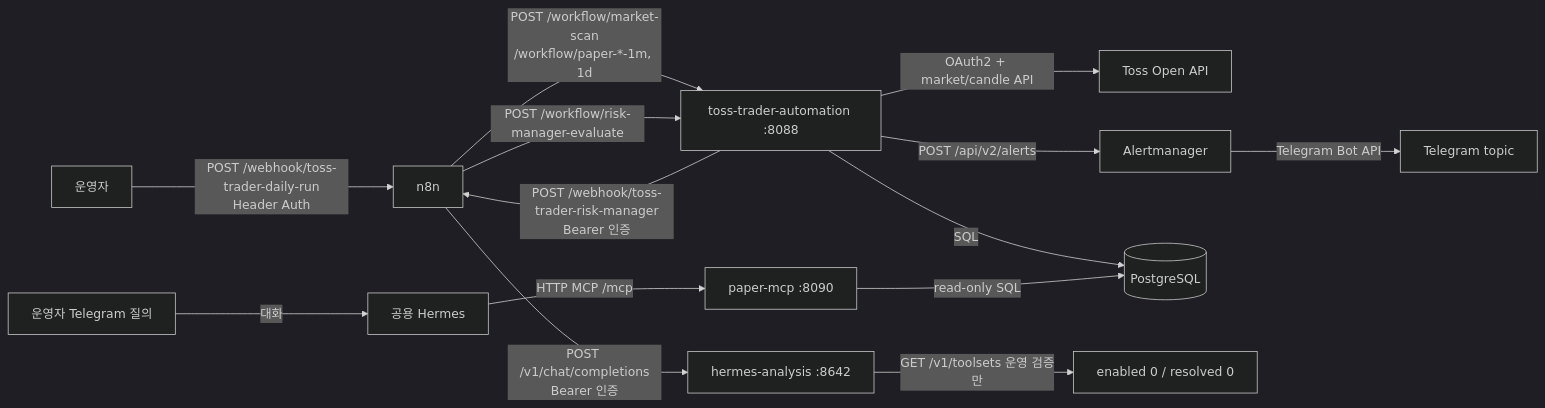
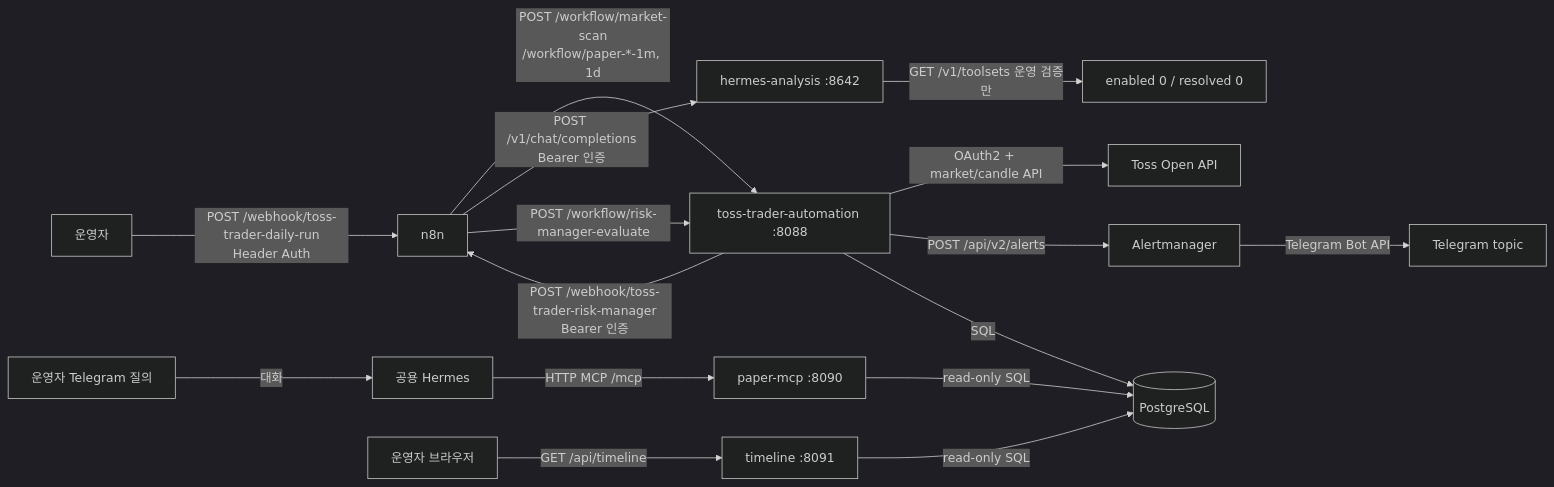
One commit to hunchulchoi/toss-trader changed the third of 12 diagrams in docs/system-workflow.md. Above: the diagram before and after it, drawn with Mermaid (dark theme). The commit also changed other lines of this file and 8 other files, not shown here.

First line of the commit message:
fix(timeline): reload paper ledger every 30s

````diff
--- a/docs/system-workflow.md
+++ b/docs/system-workflow.md
@@ -117,18 +125,20 @@
 ```mermaid
 flowchart LR
     OP[운영자] -->|POST /webhook/toss-trader-daily-run\nHeader Auth| N8N[n8n]
 
     N8N -->|POST /workflow/market-scan\n/workflow/paper-*-1m, 1d| AUTO[toss-trader-automation :8088]
     N8N -->|POST /v1/chat/completions\nBearer 인증| HERMES[hermes-analysis :8642]
     AUTO -->|POST /webhook/toss-trader-risk-manager\nBearer 인증| N8N
     N8N -->|POST /workflow/risk-manager-evaluate| AUTO
 
     AUTO -->|OAuth2 + market/candle API| TOSS[Toss Open API]
     AUTO -->|POST /api/v2/alerts| ALERT[Alertmanager]
     ALERT -->|Telegram Bot API| TG[Telegram topic]
     ASK[운영자 Telegram 질의] -->|대화| PUB[공용 Hermes]
     PUB -->|HTTP MCP /mcp| MCP[paper-mcp :8090]
     AUTO -->|SQL| DB[(PostgreSQL)]
     MCP -->|read-only SQL| DB
+    WEB[운영자 브라우저] -->|GET /api/timeline| TL[timeline :8091]
+    TL -->|read-only SQL| DB
     HERMES -->|GET /v1/toolsets 운영 검증만| TOOLSET[enabled 0 / resolved 0]
 ```
````
